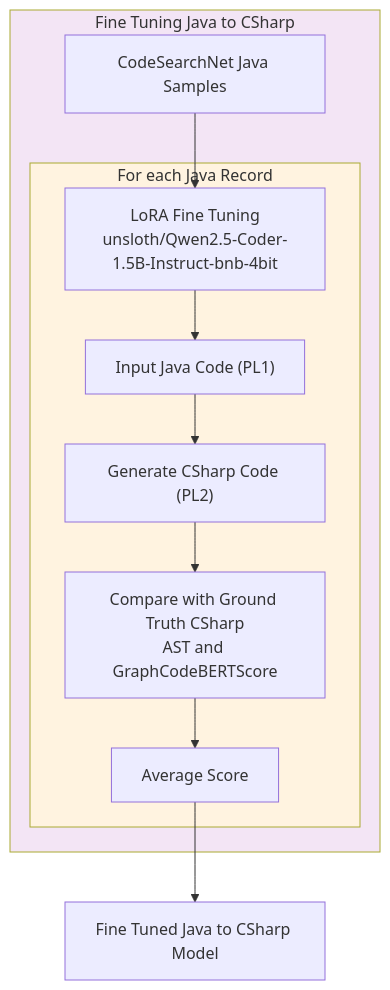
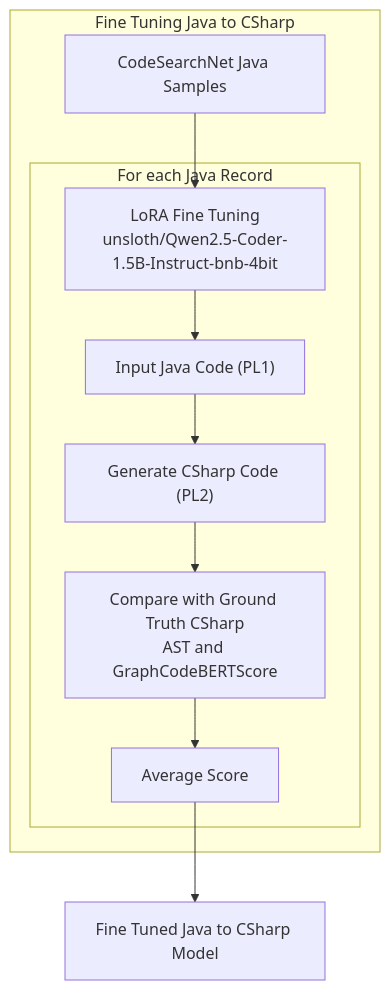
Before and after one commit to nayanjha16/CodeGen-Implementations-May_26: the fourth of 4 diagrams in Architecture/Diagram_NL_Java_CSharp.md, drawn with Mermaid.

Commit message:
Clean up style definitions in Diagram_NL_Java_CSharp.md
Removed unnecessary style definitions for Training and PerRecord.

````diff
--- a/Architecture/Diagram_NL_Java_CSharp.md
+++ b/Architecture/Diagram_NL_Java_CSharp.md
@@ -101,31 +101,29 @@
 ```mermaid
 flowchart TD
 
 subgraph Training["Fine Tuning Java to CSharp"]
 
     A["CodeSearchNet Java Samples"]
     B["LoRA Fine Tuning<br/>unsloth/Qwen2.5-Coder-1.5B-Instruct-bnb-4bit"]
 
     A --> B
 
     subgraph PerRecord["For each Java Record"]
 
         C["Input Java Code (PL1)"]
         D["Generate CSharp Code (PL2)"]
         E["Compare with Ground Truth CSharp<br/>AST and GraphCodeBERTScore"]
         F["Average Score"]
 
         B --> C
         C --> D
         D --> E
         E --> F
 
     end
 
 end
 
 F --> G["Fine Tuned Java to CSharp Model"]
 
-style Training fill:#f3e5f5
-style PerRecord fill:#fff3e0
 ```
````
